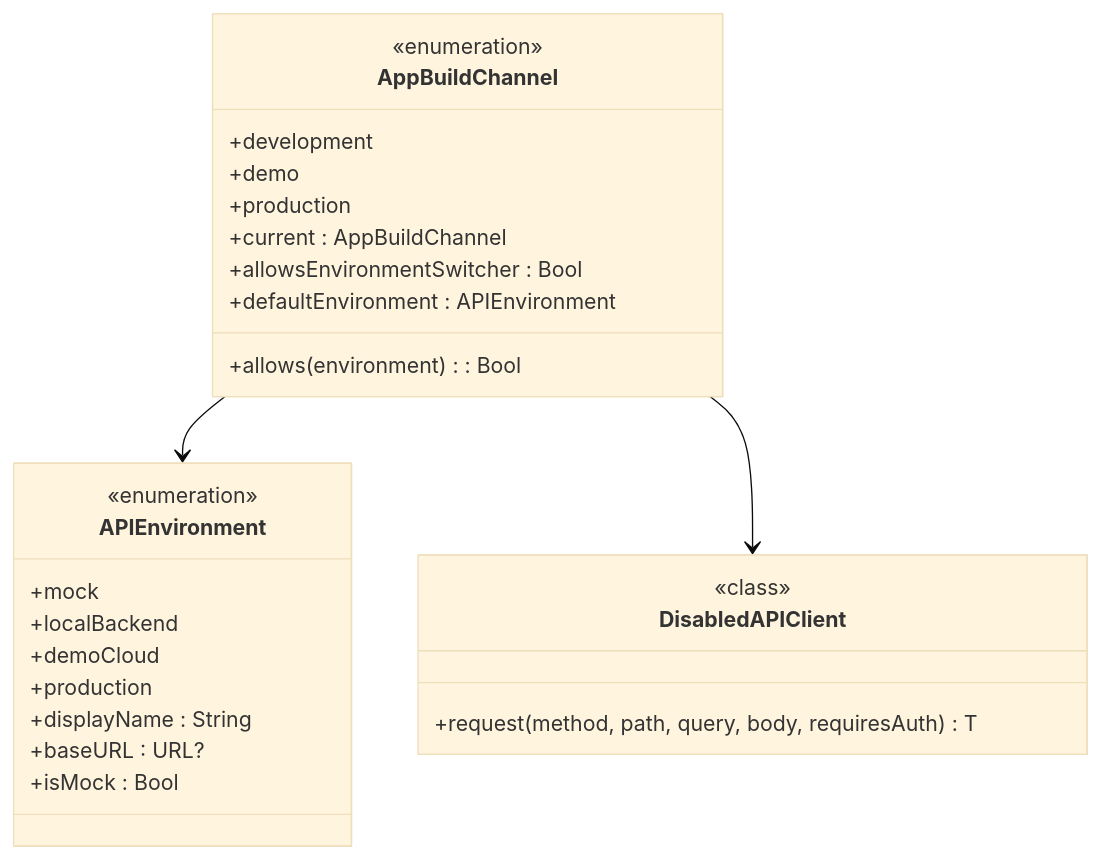
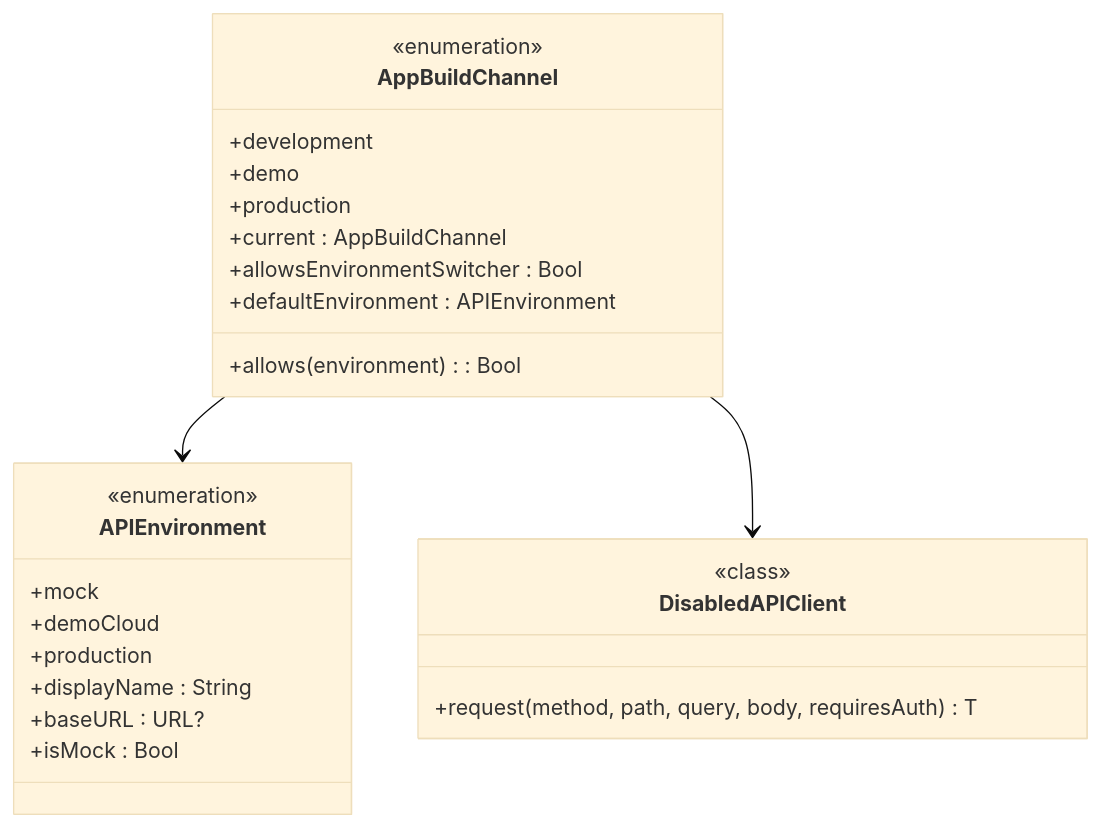
Before and after one commit to Jayden23018/blind-run-ios: the third of 8 diagrams in .qoder/repowiki/zh/content/架构设计/API 环境配置.md, drawn with Mermaid (base theme). The commit also changed other lines of this file and 9 other files, not shown here.

````diff
--- a/.qoder/repowiki/zh/content/架构设计/API 环境配置.md
+++ b/.qoder/repowiki/zh/content/架构设计/API 环境配置.md
@@ -212,29 +204,28 @@
 ```mermaid
 classDiagram
 class AppBuildChannel {
 <<enumeration>>
 +development
 +demo
 +production
 +current : AppBuildChannel
 +allowsEnvironmentSwitcher : Bool
 +defaultEnvironment : APIEnvironment
 +allows(environment) : Bool
 }
 class APIEnvironment {
 <<enumeration>>
 +mock
-+localBackend
 +demoCloud
 +production
 +displayName : String
 +baseURL : URL?
 +isMock : Bool
 }
 class DisabledAPIClient {
 <<class>>
 +request(method, path, query, body, requiresAuth) T
 }
 AppBuildChannel --> APIEnvironment
 AppBuildChannel --> DisabledAPIClient
 ```
````
